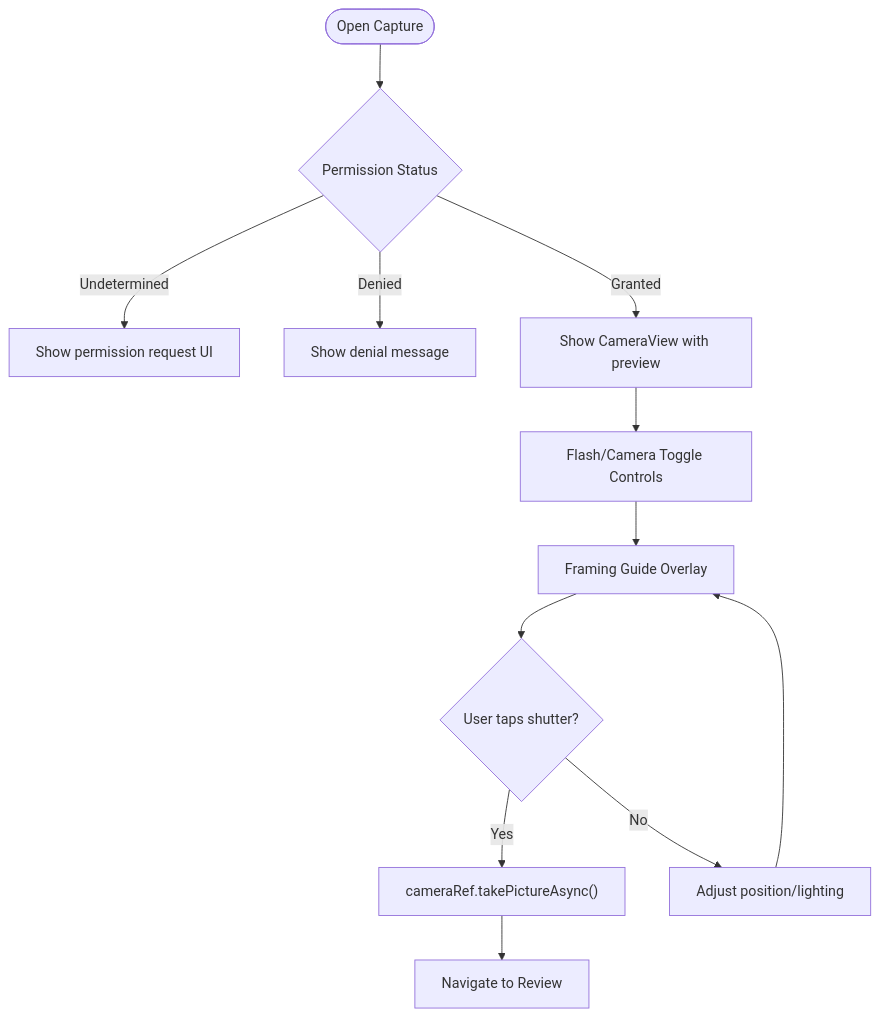
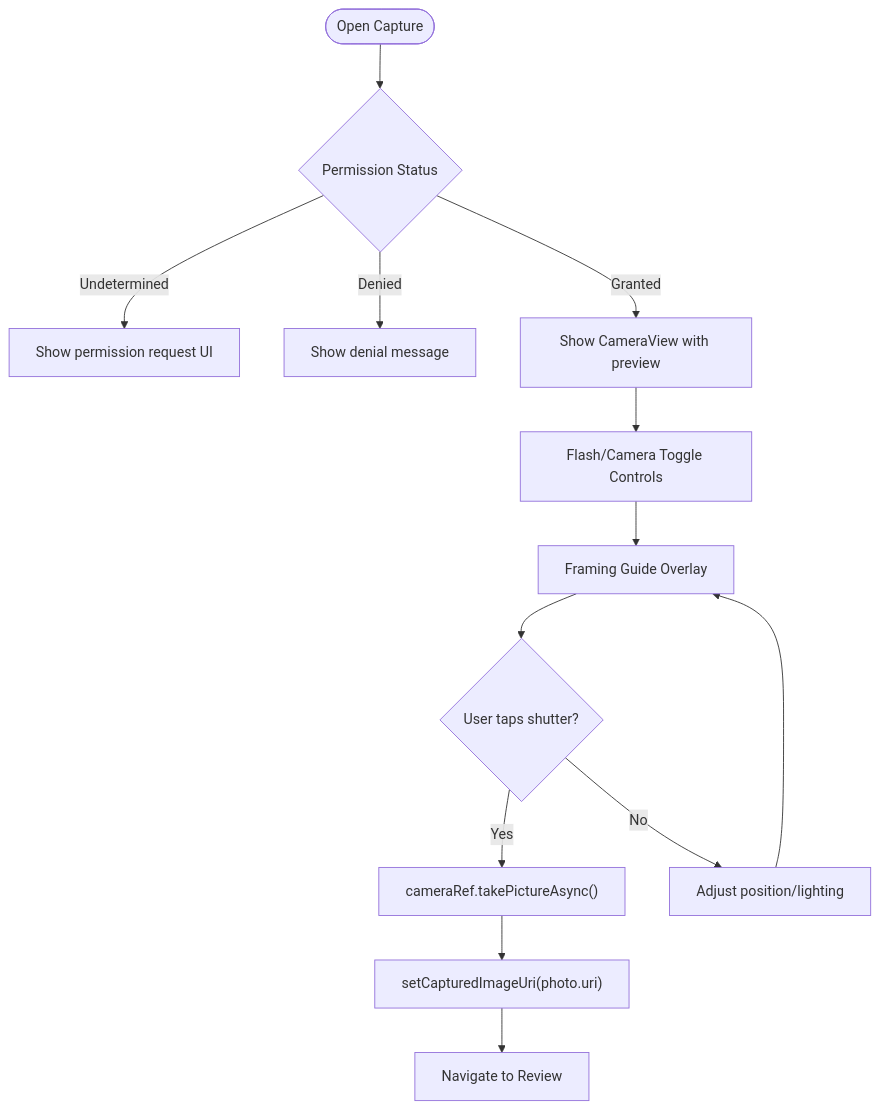
The fourth of 9 diagrams in .qoder/repowiki/en/content/Camera Integration.md (AdeelTahir-SE/DermSight), drawn with Mermaid before and after one commit. The commit also changed other lines of this file and 43 other files, not shown here.

````diff
--- a/.qoder/repowiki/en/content/Camera Integration.md
+++ b/.qoder/repowiki/en/content/Camera Integration.md
@@ -176,14 +191,15 @@
 ```mermaid
 flowchart TD
 Enter(["Open Capture"]) --> CheckPerm{"Permission Status"}
 CheckPerm --> |Undetermined| ShowRequest["Show permission request UI"]
 CheckPerm --> |Denied| ShowError["Show denial message"]
 CheckPerm --> |Granted| ShowCamera["Show CameraView with preview"]
 ShowCamera --> Controls["Flash/Camera Toggle Controls"]
 Controls --> Guide["Framing Guide Overlay"]
 Guide --> UserAction{"User taps shutter?"}
 UserAction --> |Yes| Capture["cameraRef.takePictureAsync()"]
-Capture --> Navigate["Navigate to Review"]
+Capture --> StoreURI["setCapturedImageUri(photo.uri)"]
+StoreURI --> Navigate["Navigate to Review"]
 UserAction --> |No| Adjust["Adjust position/lighting"]
 Adjust --> Guide
 ```
````
